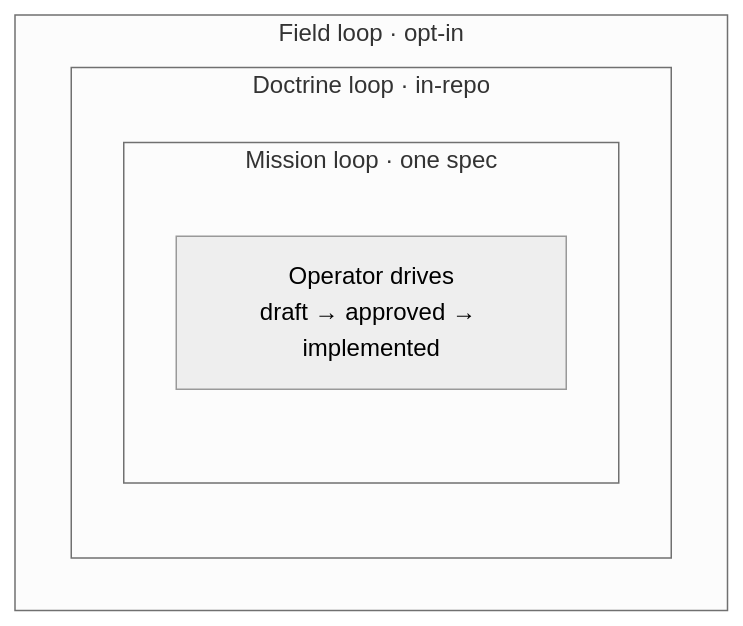
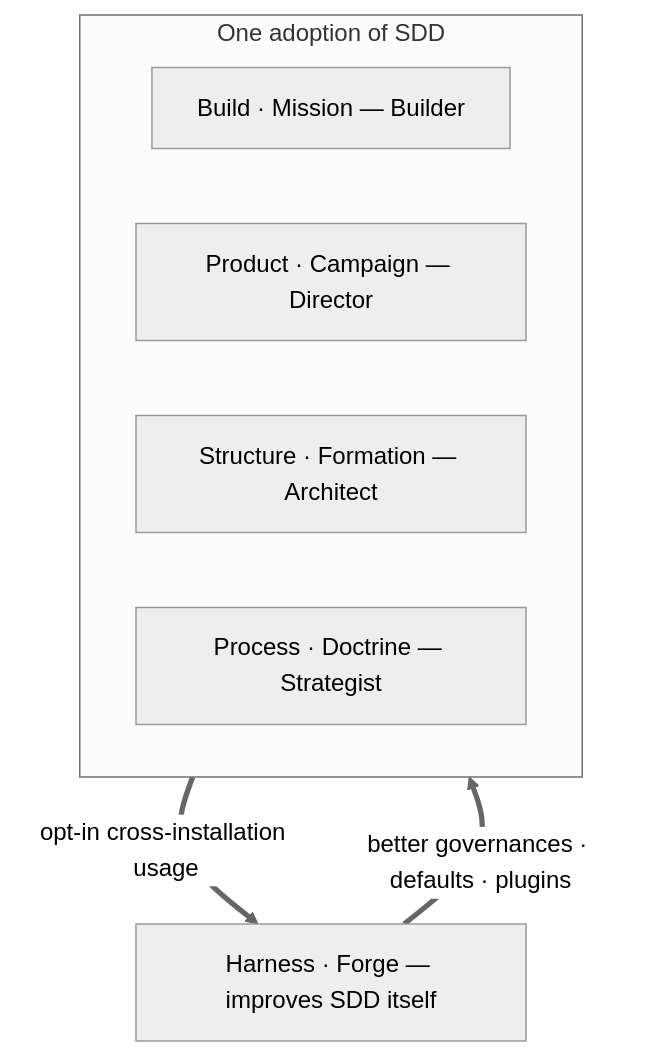
Before and after one commit to cyberuni/cyber-sdd: the second of 2 diagrams in apps/website/src/content/docs/sdd/overview.md, drawn with Mermaid (neutral theme). The commit also changed other lines of this file, not shown here.

First line of the commit message:
docs(sdd): model five loops in two registers (descriptive + metaphor)

````diff
--- a/apps/website/src/content/docs/sdd/overview.md
+++ b/apps/website/src/content/docs/sdd/overview.md
@@ -69,10 +69,12 @@
 ```mermaid
 flowchart TB
-  subgraph field[Field loop · opt-in]
-    subgraph doctrine[Doctrine loop · in-repo]
-      subgraph mission[Mission loop · one spec]
-        m[Operator drives<br/>draft → approved → implemented]
-      end
-    end
+  subgraph adoption[One adoption of SDD]
+    build[Build · Mission — Builder]
+    product[Product · Campaign — Director]
+    structure[Structure · Formation — Architect]
+    process[Process · Doctrine — Strategist]
   end
+  harness[Harness · Forge — improves SDD itself]
+  adoption ==>|opt-in cross-installation usage| harness
+  harness ==>|better governances · defaults · plugins| adoption
 ```
````
